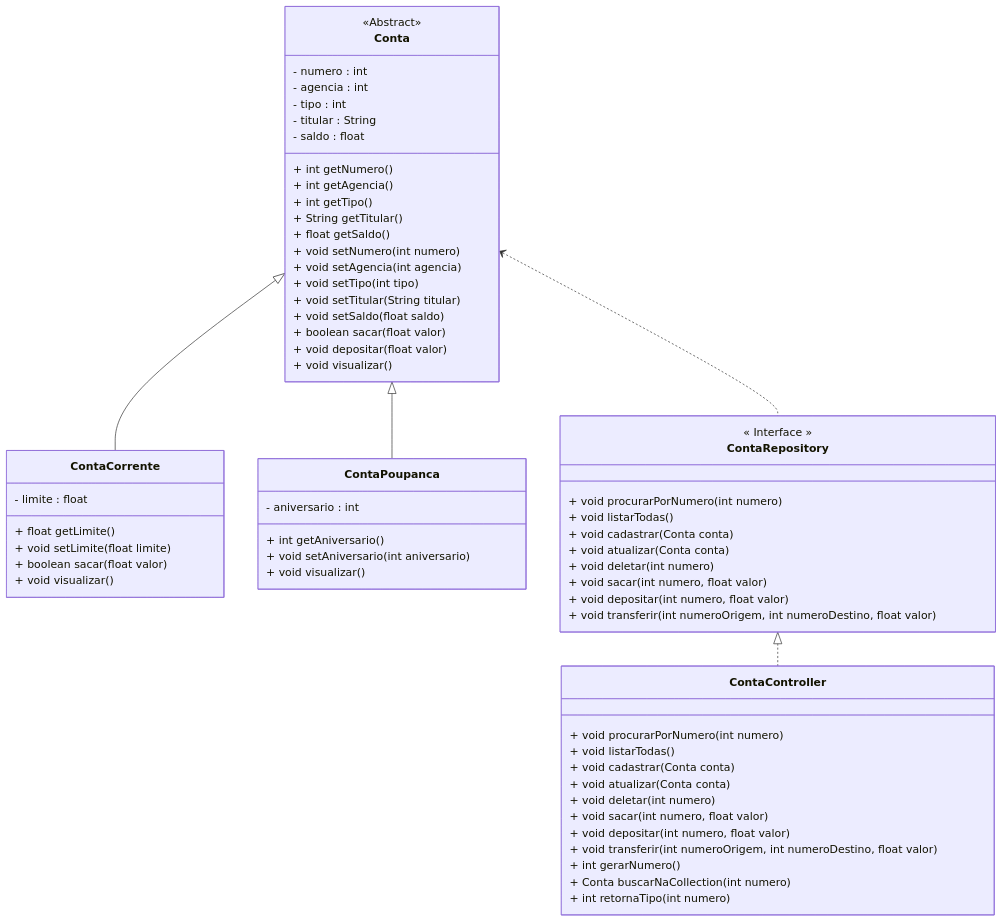
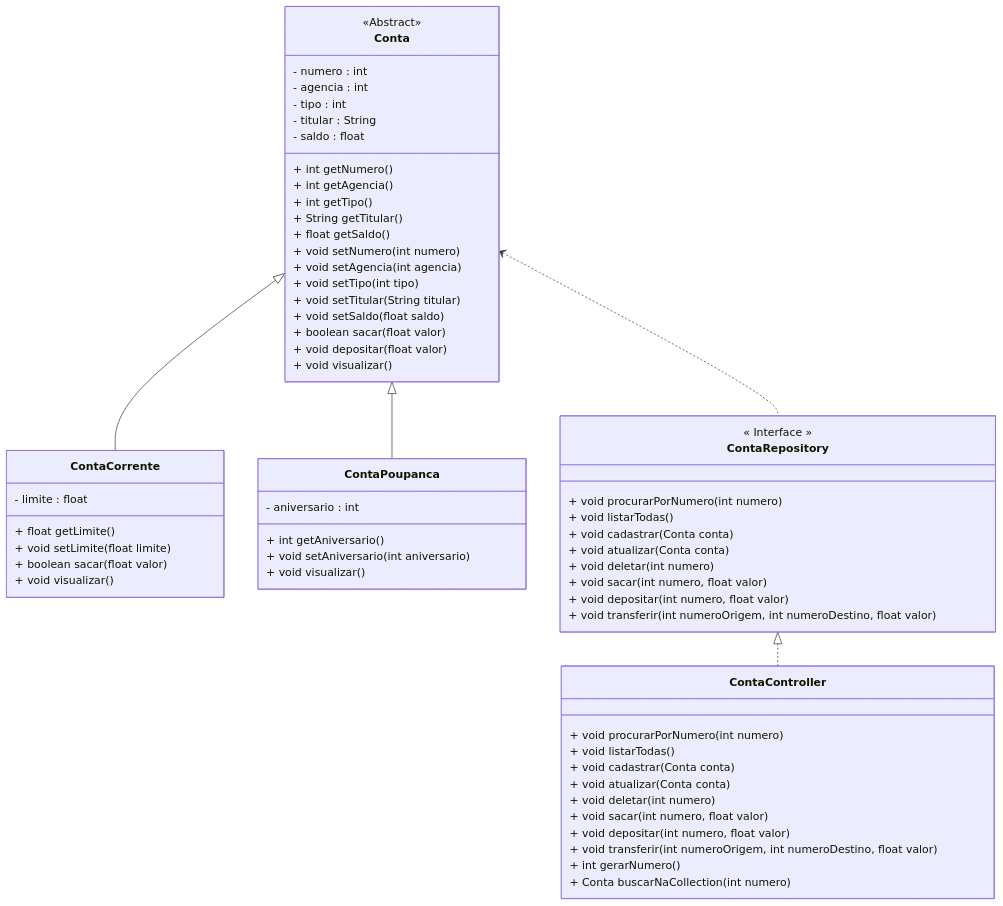
The diagram in 01_java/pr01.md (conteudoGeneration/cookbook_java_fullstack), drawn with Mermaid before and after one commit.

````diff
--- a/01_java/pr01.md
+++ b/01_java/pr01.md
@@ -7,65 +7,64 @@
 ```mermaid
 classDiagram
 class Conta {
 <<Abstract>>
   - numero : int
   - agencia : int
   - tipo : int
   - titular : String
   - saldo : float
   + int getNumero()
   + int getAgencia()
   + int getTipo()
   + String getTitular()
   + float getSaldo()
   + void setNumero(int numero)
   + void setAgencia(int agencia)
   + void setTipo(int tipo)
   + void setTitular(String titular)
   + void setSaldo(float saldo)
   + boolean sacar(float valor)
   + void depositar(float valor)
   + void visualizar()
 }
 class ContaCorrente {
   - limite : float
   + float getLimite()
   + void setLimite(float limite)
   + boolean sacar(float valor)
   + void visualizar()
 }
 class ContaPoupanca {
   - aniversario : int
   + int getAniversario()
   + void setAniversario(int aniversario)
   + void visualizar()
 }
 class ContaRepository{
 << Interface >>
 + void procurarPorNumero(int numero)
 + void listarTodas()
 + void cadastrar(Conta conta)
 + void atualizar(Conta conta)
 + void deletar(int numero)
 + void sacar(int numero, float valor)
 + void depositar(int numero, float valor)
 + void transferir(int numeroOrigem, int numeroDestino, float valor)
 }
 class ContaController{
 + void procurarPorNumero(int numero)
 + void listarTodas()
 + void cadastrar(Conta conta)
 + void atualizar(Conta conta)
 + void deletar(int numero)
 + void sacar(int numero, float valor)
 + void depositar(int numero, float valor)
 + void transferir(int numeroOrigem, int numeroDestino, float valor)
 + int gerarNumero()
 + Conta buscarNaCollection(int numero)
-+ int retornaTipo(int numero)
 }
 Conta <|-- ContaCorrente
 Conta <|-- ContaPoupanca
 Conta <.. ContaRepository
 ContaRepository <|.. ContaController
 ```
````
